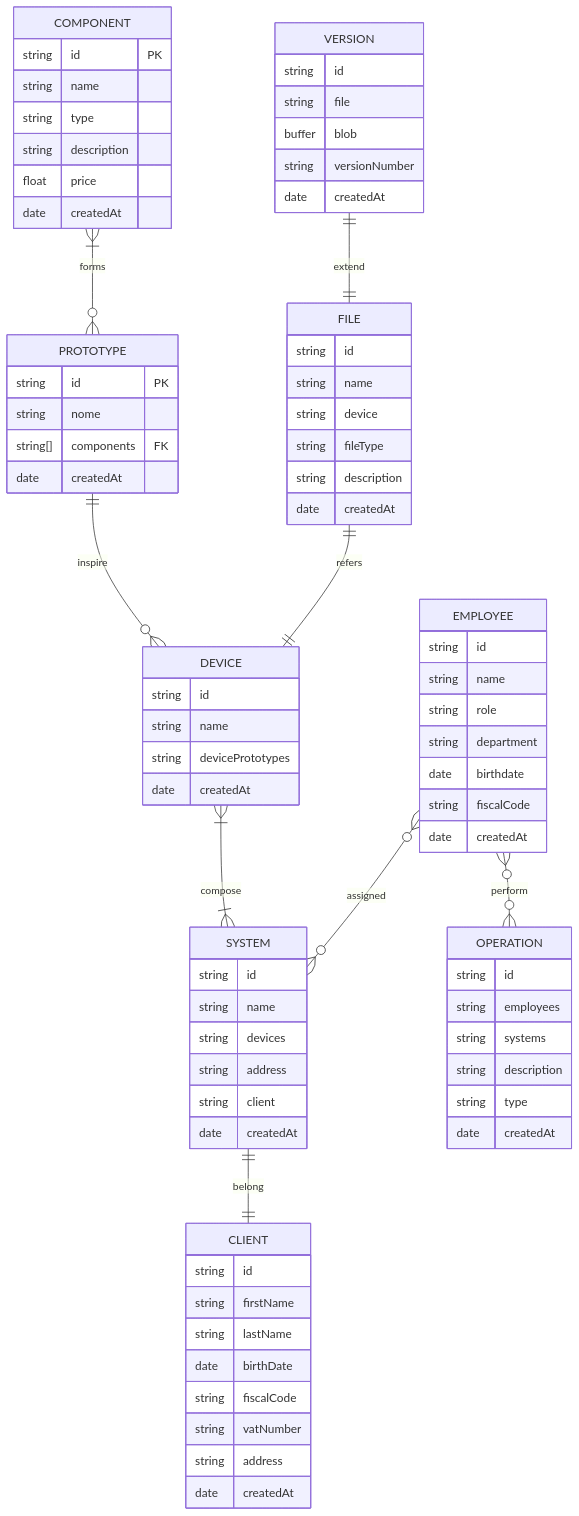
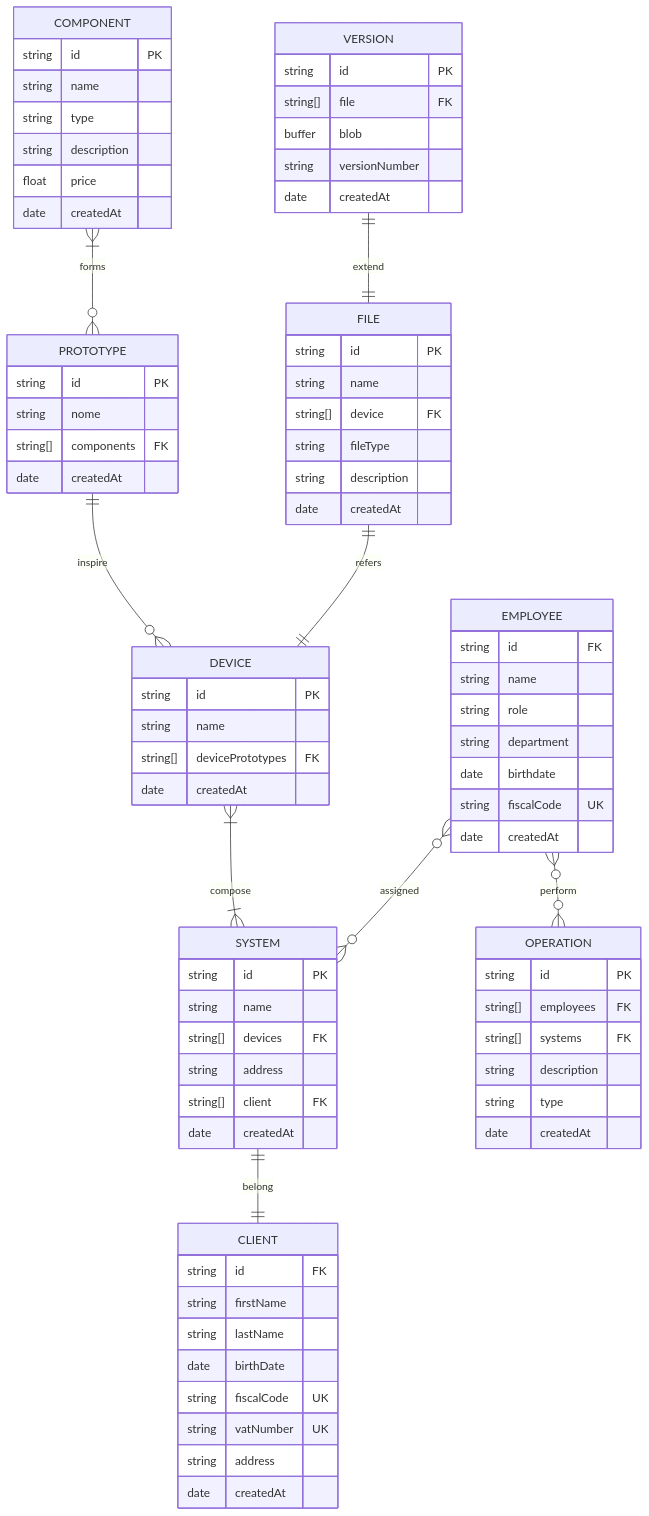
Before and after one commit to DavideDeZuane/advanced_programming: the third of 6 diagrams in README.md, drawn with Mermaid.

Commit message:
E-R on readme

````diff
--- a/README.md
+++ b/README.md
@@ -59,81 +59,81 @@
 ```mermaid
     erDiagram
     COMPONENT |{--o{ PROTOTYPE : forms
     COMPONENT {
         string id PK
         string name
         string type
         string description
         float price
         date createdAt
     }
     PROTOTYPE ||--o{ DEVICE : inspire
     PROTOTYPE {
         string id PK
         string nome
         string[] components FK
         date createdAt
     }
     DEVICE |{--|{ SYSTEM : compose 
     DEVICE{
-        string id
+        string id PK
         string name
-        string devicePrototypes
+        string[] devicePrototypes FK
         date createdAt
     }
     SYSTEM ||--|| CLIENT : belong
     SYSTEM{
-        string id
+        string id PK
         string name
-        string devices
+        string[] devices FK
         string address
-        string client
+        string[] client FK
         date createdAt
     }
     CLIENT{
-        string id
+        string id FK
         string firstName
         string lastName
         date birthDate
-        string fiscalCode
-        string vatNumber
+        string fiscalCode UK
+        string vatNumber UK
         string address
         date createdAt 
     }
     EMPLOYEE o{--o{ SYSTEM: assigned
     EMPLOYEE{
-        string id
+        string id FK
         string name
         string role
         string department
         date birthdate
-        string fiscalCode
+        string fiscalCode UK
         date createdAt
     }
     EMPLOYEE o{--o{ OPERATION: perform
     OPERATION{
-        string id
-        string employees
-        string systems
+        string id PK
+        string[] employees FK
+        string[] systems FK
         string description
         string type
         date createdAt
     }
     FILE ||--|| DEVICE: refers
     FILE{
-        string id
+        string id PK
         string name
-        string device
+        string[] device FK
         string fileType
         string description
         date createdAt
     }
     VERSION ||--|| FILE: extend
     VERSION {
-        string id
-        string file
+        string id PK
+        string[] file FK
         buffer blob
         string versionNumber
         date createdAt
     }
 ```
````
